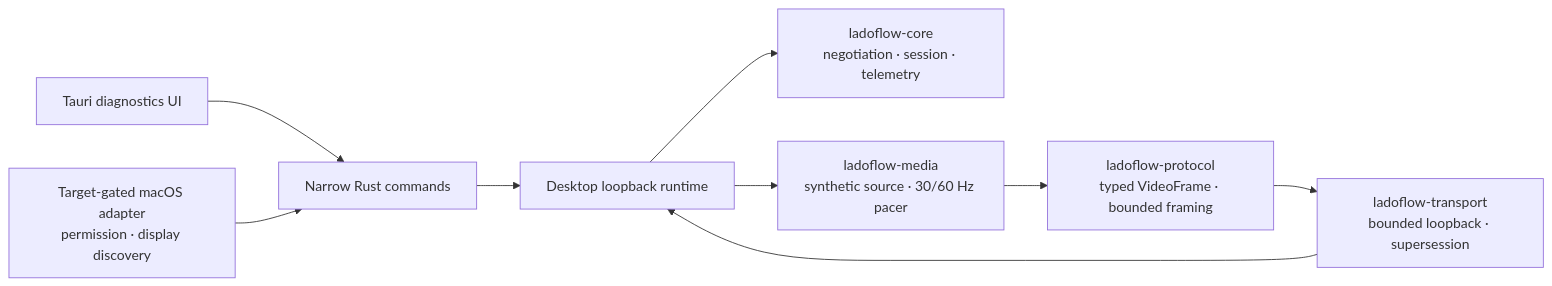
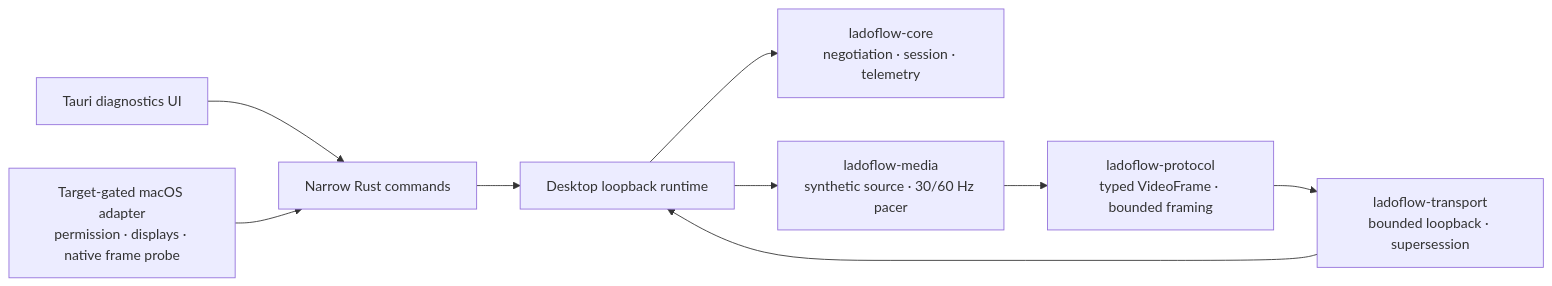
Before and after one commit to tianrking/LadoFlow: the second of 2 diagrams in docs/architecture.md, drawn with Mermaid. The commit also changed other lines of this file and 19 other files, not shown here.

Commit message:
Add native macOS capture probe

````diff
--- a/docs/architecture.md
+++ b/docs/architecture.md
@@ -50,11 +50,11 @@
 ```mermaid
 flowchart LR
     UI["Tauri diagnostics UI"] --> IPC["Narrow Rust commands"]
     IPC --> RT["Desktop loopback runtime"]
     RT --> NEG["ladoflow-core\nnegotiation · session · telemetry"]
     RT --> SYN["ladoflow-media\nsynthetic source · 30/60 Hz pacer"]
     SYN --> PRO["ladoflow-protocol\ntyped VideoFrame · bounded framing"]
     PRO --> MEM["ladoflow-transport\nbounded loopback · supersession"]
     MEM --> RT
-    MAC["Target-gated macOS adapter\npermission · display discovery"] --> IPC
+    MAC["Target-gated macOS adapter\npermission · displays · native frame probe"] --> IPC
 ```
````
